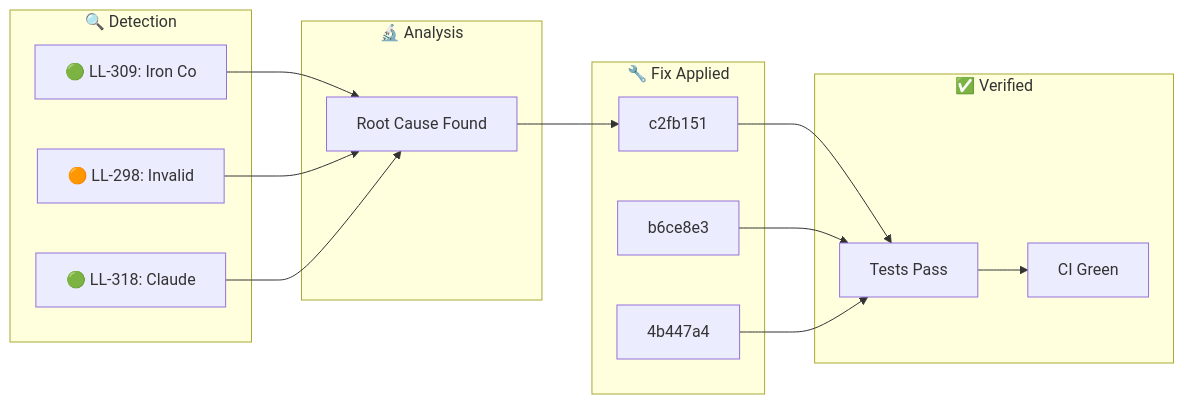
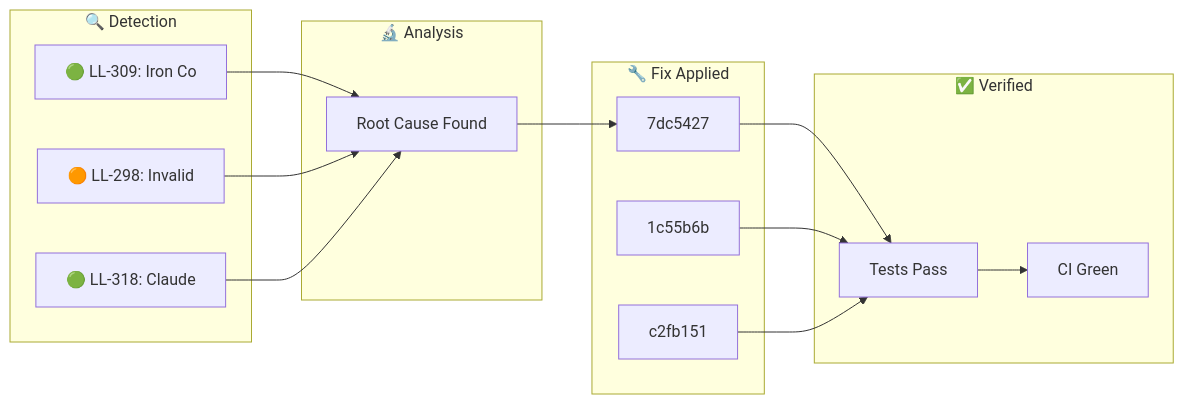
One commit to YoByron/trading changed the diagram in docs/_posts/2026-01-31-ralph-discovery.md. Above: the diagram before and after it, drawn with Mermaid. The commit also changed other lines of this file, not shown here.

````diff
--- a/docs/_posts/2026-01-31-ralph-discovery.md
+++ b/docs/_posts/2026-01-31-ralph-discovery.md
@@ -17,28 +17,28 @@
 ```mermaid
 flowchart LR
     subgraph Detection["🔍 Detection"]
         D1["🟢 LL-309: Iron Co"]
         D2["🟠 LL-298: Invalid"]
         D3["🟢 LL-318: Claude "]
     end
     subgraph Analysis["🔬 Analysis"]
         A1["Root Cause Found"]
     end
     subgraph Fix["🔧 Fix Applied"]
-        F1["c2fb151"]
-        F2["b6ce8e3"]
-        F3["4b447a4"]
+        F1["7dc5427"]
+        F2["1c55b6b"]
+        F3["c2fb151"]
     end
     subgraph Verify["✅ Verified"]
         V1["Tests Pass"]
         V2["CI Green"]
     end
     D1 --> A1
     D2 --> A1
     D3 --> A1
     A1 --> F1
     F1 --> V1
     F2 --> V1
     F3 --> V1
     V1 --> V2
 ```
````
